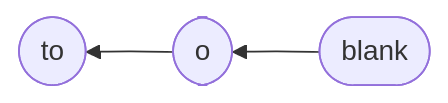
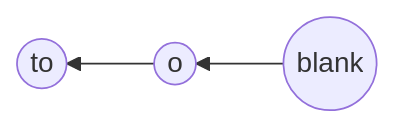
The third of 3 diagrams in content/posts/have-any-idea.md (dudung/to), drawn with Mermaid before and after one commit. The commit also changed other lines of this file, not shown here.

Commit message:
update post

```diff
--- a/content/posts/have-any-idea.md
+++ b/content/posts/have-any-idea.md
@@ -439,10 +439,10 @@
 {{< mermaid >}}
 flowchart RL
   B --> O --> T
-  B(["blank"])
-  O(["o"])
-  T(["to"])
+  B(("blank"))
+  O(("o"))
+  T(("to"))
   click T "https://dudung.github.io/to/" _blank
   click O "https://dudung.github.io/o/" _blank
   click B "https://dudung.github.io/blank/" _blank
 {{< /mermaid >}}
```
